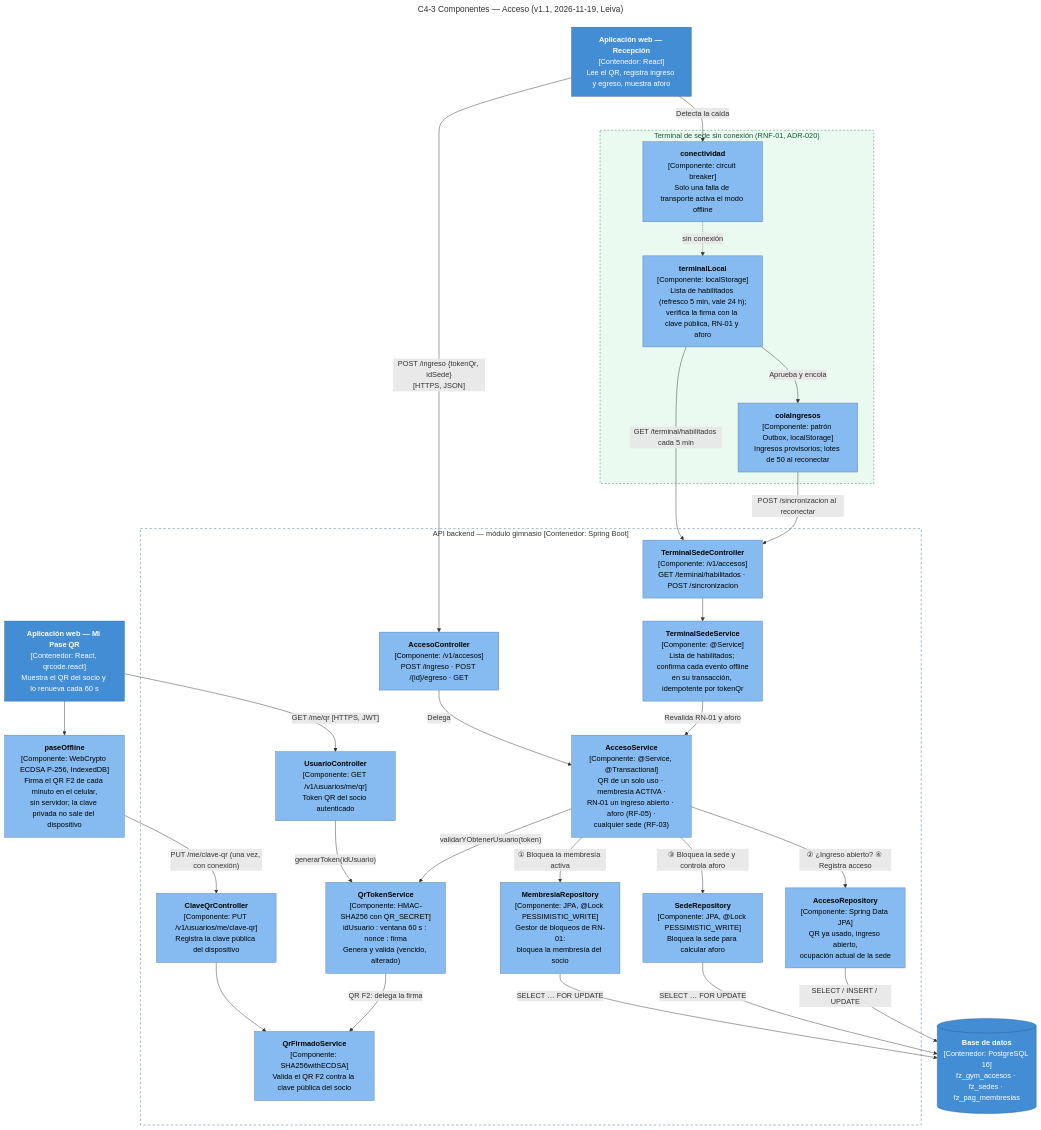
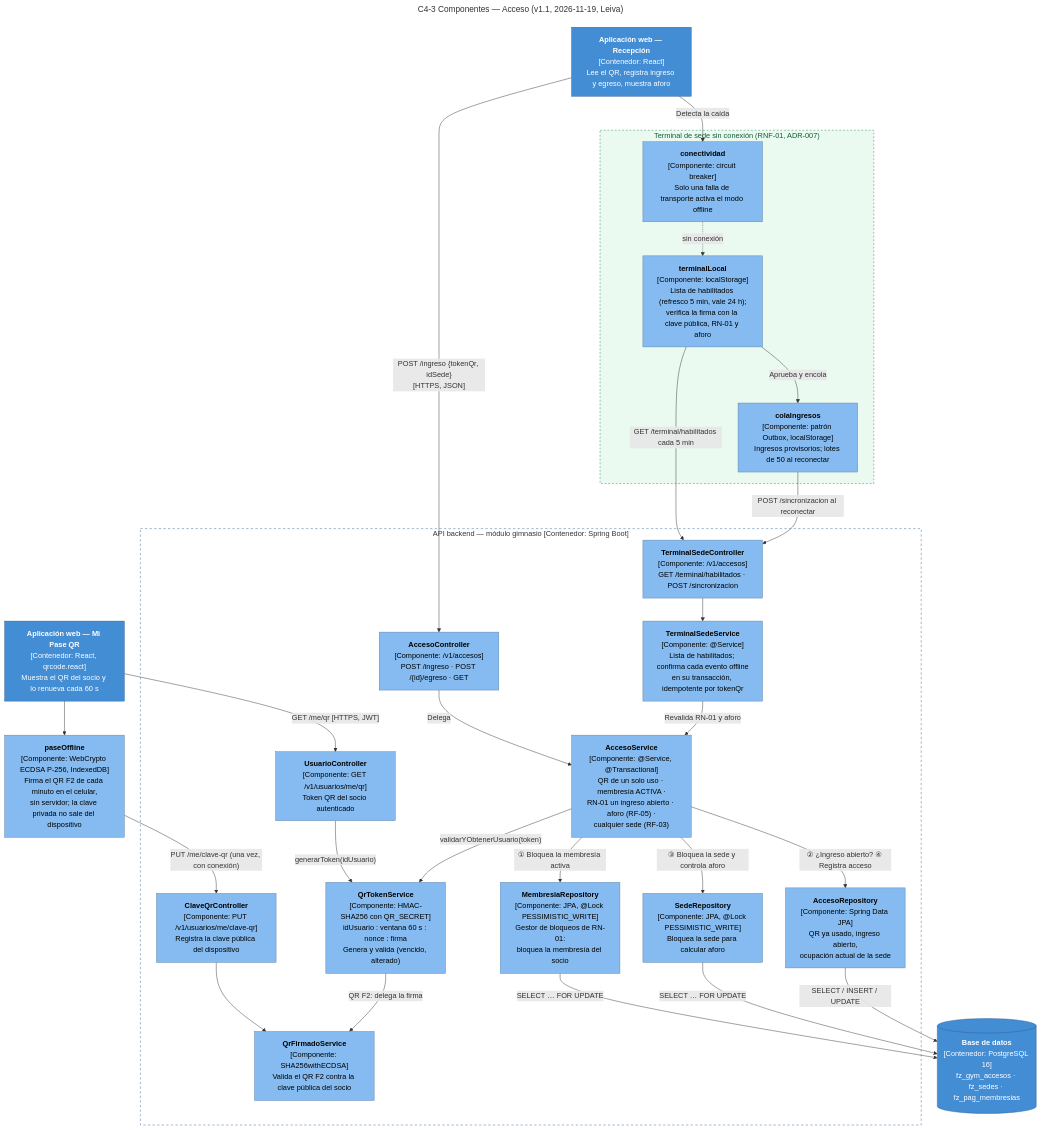
The diagram in docs/diagramas/c4-3-componentes-acceso.mmd (MarquitosLev/fitzone-sports-p5), drawn with Mermaid before and after one commit. The commit also changed 25 other files, not shown here.

```diff
--- a/docs/diagramas/c4-3-componentes-acceso.mmd
+++ b/docs/diagramas/c4-3-componentes-acceso.mmd
@@ -1,62 +1,62 @@
 ---
 title: C4-3 Componentes — Acceso (v1.1, 2026-11-19, Leiva)
 ---
 %% C4-3 Componentes — Módulo Gimnasio y Acceso (M2)
-%% Autor: Leiva, Marcos Joel · Fecha: 2026-11-19 · Versión: 1.1 (camino offline, ADR-020)
+%% Autor: Leiva, Marcos Joel · Fecha: 2026-11-19 · Versión: 1.1 (camino offline, ADR-007)
 %% Notación C4 sobre flowchart: azul = contenedor, celeste = componente, verde = camino offline (RNF-01).
 flowchart TB
   socioApp["<b>Aplicación web — Mi Pase QR</b><br/>[Contenedor: React, qrcode.react]<br/>Muestra el QR del socio y lo renueva cada 60 s"]
   pase["<b>paseOffline</b><br/>[Componente: WebCrypto ECDSA P-256, IndexedDB]<br/>Firma el QR F2 de cada minuto en el celular,<br/>sin servidor; la clave privada no sale del dispositivo"]
   recepApp["<b>Aplicación web — Recepción</b><br/>[Contenedor: React]<br/>Lee el QR, registra ingreso y egreso, muestra aforo"]
-  subgraph offline["Terminal de sede sin conexión (RNF-01, ADR-020)"]
+  subgraph offline["Terminal de sede sin conexión (RNF-01, ADR-007)"]
     con["<b>conectividad</b><br/>[Componente: circuit breaker]<br/>Solo una falla de transporte activa el modo offline"]
     tloc["<b>terminalLocal</b><br/>[Componente: localStorage]<br/>Lista de habilitados (refresco 5 min, vale 24 h);<br/>verifica la firma con la clave pública, RN-01 y aforo"]
     cola["<b>colaIngresos</b><br/>[Componente: patrón Outbox, localStorage]<br/>Ingresos provisorios; lotes de 50 al reconectar"]
   end
 
   subgraph api["API backend — módulo gimnasio [Contenedor: Spring Boot]"]
     uctrl["<b>UsuarioController</b><br/>[Componente: GET /v1/usuarios/me/qr]<br/>Token QR del socio autenticado"]
     actrl["<b>AccesoController</b><br/>[Componente: /v1/accesos]<br/>POST /ingreso · POST /{id}/egreso · GET"]
     qr["<b>QrTokenService</b><br/>[Componente: HMAC-SHA256 con QR_SECRET]<br/>idUsuario : ventana 60 s : nonce : firma<br/>Genera y valida (vencido, alterado)"]
     kctrl["<b>ClaveQrController</b><br/>[Componente: PUT /v1/usuarios/me/clave-qr]<br/>Registra la clave pública del dispositivo"]
     qrf["<b>QrFirmadoService</b><br/>[Componente: SHA256withECDSA]<br/>Valida el QR F2 contra la clave pública del socio"]
     tctrl["<b>TerminalSedeController</b><br/>[Componente: /v1/accesos]<br/>GET /terminal/habilitados · POST /sincronizacion"]
     tsvc["<b>TerminalSedeService</b><br/>[Componente: @Service]<br/>Lista de habilitados; confirma cada evento offline<br/>en su transacción, idempotente por tokenQr"]
     asvc["<b>AccesoService</b><br/>[Componente: @Service, @Transactional]<br/>QR de un solo uso · membresía ACTIVA ·<br/>RN-01 un ingreso abierto · aforo (RF-05) ·<br/>cualquier sede (RF-03)"]
     mrepo["<b>MembresiaRepository</b><br/>[Componente: JPA, @Lock PESSIMISTIC_WRITE]<br/>Gestor de bloqueos de RN-01:<br/>bloquea la membresía del socio"]
     srepo["<b>SedeRepository</b><br/>[Componente: JPA, @Lock PESSIMISTIC_WRITE]<br/>Bloquea la sede para calcular aforo"]
     arepo["<b>AccesoRepository</b><br/>[Componente: Spring Data JPA]<br/>QR ya usado, ingreso abierto,<br/>ocupación actual de la sede"]
   end
 
   db[("<b>Base de datos</b><br/>[Contenedor: PostgreSQL 16]<br/>fz_gym_accesos · fz_sedes · fz_pag_membresias")]
 
 
   socioApp -- "GET /me/qr [HTTPS, JWT]" --> uctrl
   uctrl -- "generarToken(idUsuario)" --> qr
   recepApp -- "POST /ingreso {tokenQr, idSede}<br/>[HTTPS, JSON]" --> actrl
   actrl -- "Delega" --> asvc
   asvc -- "validarYObtenerUsuario(token)" --> qr
   asvc -- "① Bloquea la membresía activa" --> mrepo
   asvc -- "② ¿Ingreso abierto? ④ Registra acceso" --> arepo
   asvc -- "③ Bloquea la sede y controla aforo" --> srepo
   mrepo -- "SELECT … FOR UPDATE" --> db
   srepo -- "SELECT … FOR UPDATE" --> db
   arepo -- "SELECT / INSERT / UPDATE" --> db
   socioApp --> pase
   pase -- "PUT /me/clave-qr (una vez, con conexión)" --> kctrl
   kctrl --> qrf
   qr -- "QR F2: delega la firma" --> qrf
   recepApp -- "Detecta la caída" --> con
   con -. "sin conexión" .-> tloc
   tloc -- "Aprueba y encola" --> cola
   tloc -- "GET /terminal/habilitados cada 5 min" --> tctrl
   cola -- "POST /sincronizacion al reconectar" --> tctrl
   tctrl --> tsvc
   tsvc -- "Revalida RN-01 y aforo" --> asvc
 
   classDef contenedor fill:#438dd5,stroke:#2e6295,color:#fff
   classDef componente fill:#85bbf0,stroke:#5d82a8,color:#000
   class socioApp,recepApp,db contenedor
   class uctrl,actrl,qr,asvc,mrepo,srepo,arepo,kctrl,qrf,tctrl,tsvc,pase,con,tloc,cola componente
   style api fill:none,stroke:#2e6295,stroke-dasharray:5 5
   style offline fill:#eafaf1,stroke:#1e8449,stroke-dasharray:4 4,color:#145a32
```
